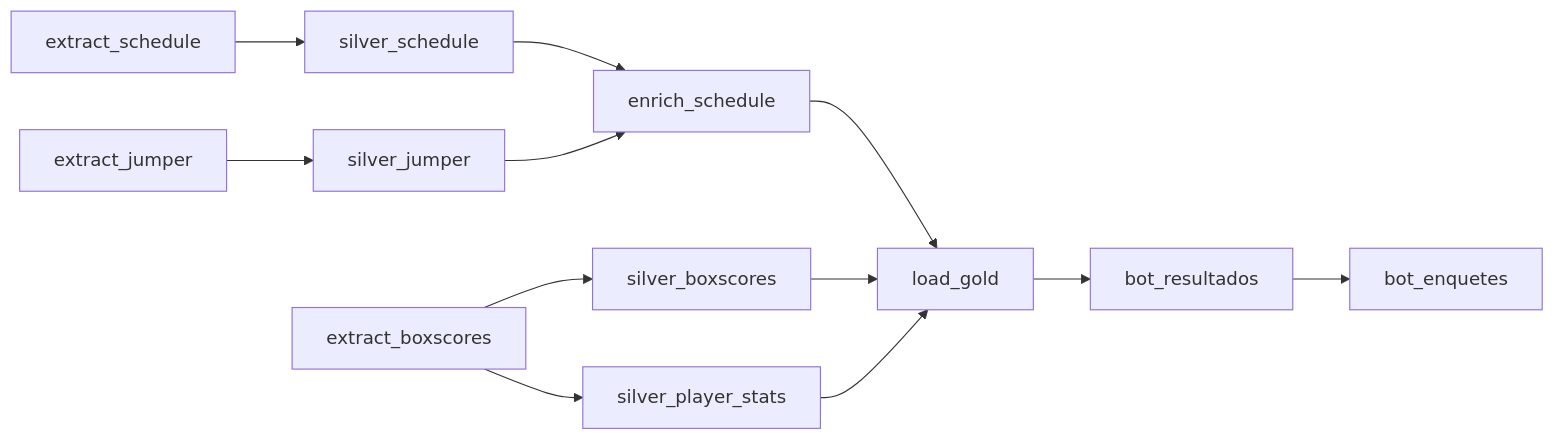
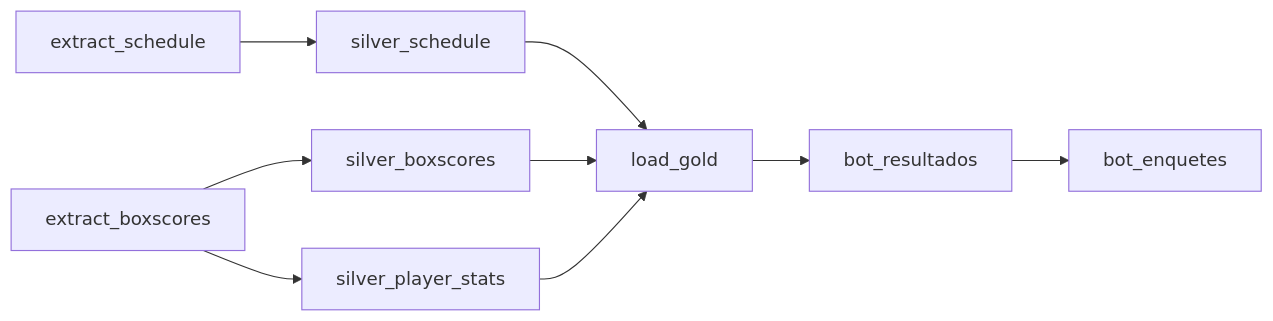
Before and after one commit to LucasEmanuell/nba_pipeline: the third of 4 diagrams in README.md, drawn with Mermaid. The commit also changed other lines of this file and 4 other files, not shown here.

````diff
--- a/README.md
+++ b/README.md
@@ -149,11 +147,9 @@
 ```mermaid
 graph LR
     ES[extract_schedule] --> SS[silver_schedule]
-    EJ[extract_jumper] --> SJ[silver_jumper]
-    SS & SJ --> SE[enrich_schedule]
     EB[extract_boxscores] --> SB[silver_boxscores]
     EB --> SP[silver_player_stats]
-    SE & SB & SP --> GL[load_gold]
+    SS & SB & SP --> GL[load_gold]
     GL --> BR[bot_resultados]
     BR --> BE[bot_enquetes]
 ```
````
